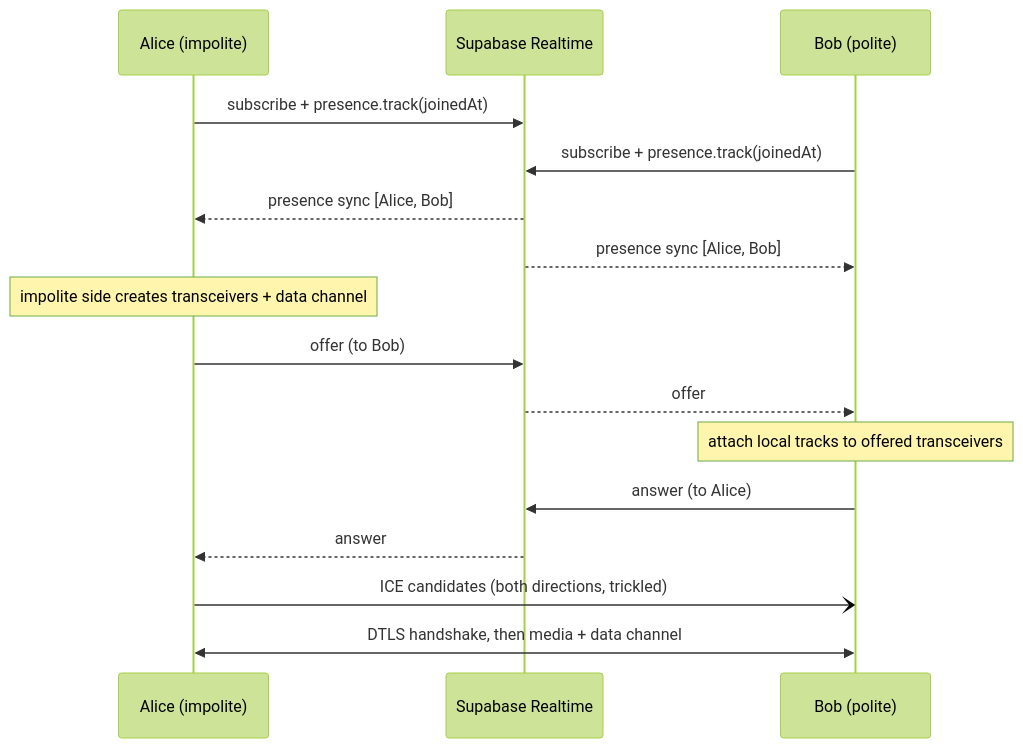
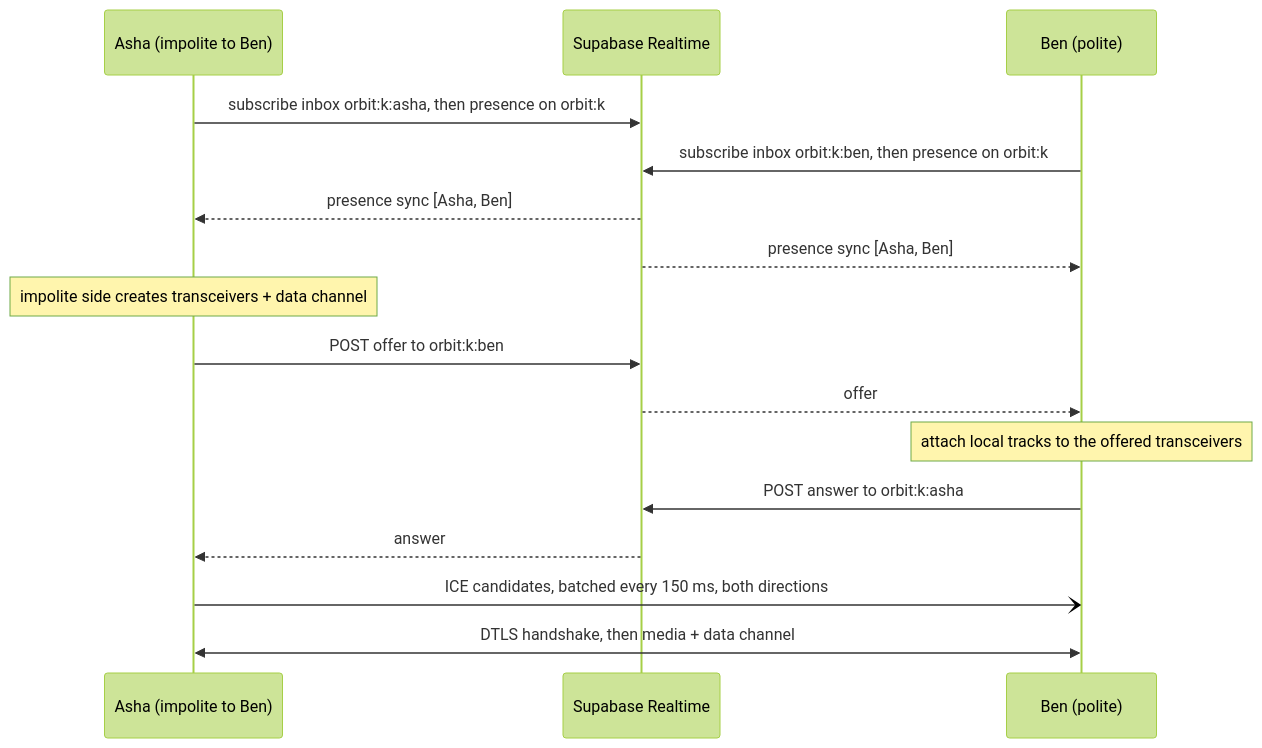
Before and after one commit to ironman-gampala/orbit: the second of 2 diagrams in IMPLEMENTATION.md, drawn with Mermaid (forest theme). The commit also changed other lines of this file and 19 other files, not shown here.

````diff
--- a/IMPLEMENTATION.md
+++ b/IMPLEMENTATION.md
@@ -136,18 +187,18 @@
 ```mermaid
 sequenceDiagram
-  participant A as Alice (impolite)
+  participant A as Asha (impolite to Ben)
   participant RT as Supabase Realtime
-  participant B as Bob (polite)
-  A->>RT: subscribe + presence.track(joinedAt)
-  B->>RT: subscribe + presence.track(joinedAt)
-  RT-->>A: presence sync [Alice, Bob]
-  RT-->>B: presence sync [Alice, Bob]
+  participant B as Ben (polite)
+  A->>RT: subscribe inbox orbit:k:asha, then presence on orbit:k
+  B->>RT: subscribe inbox orbit:k:ben, then presence on orbit:k
+  RT-->>A: presence sync [Asha, Ben]
+  RT-->>B: presence sync [Asha, Ben]
   Note over A: impolite side creates transceivers + data channel
-  A->>RT: offer (to Bob)
+  A->>RT: POST offer to orbit:k:ben
   RT-->>B: offer
-  Note over B: attach local tracks to offered transceivers
-  B->>RT: answer (to Alice)
+  Note over B: attach local tracks to the offered transceivers
+  B->>RT: POST answer to orbit:k:asha
   RT-->>A: answer
-  A-)B: ICE candidates (both directions, trickled)
+  A-)B: ICE candidates, batched every 150 ms, both directions
   A<<->>B: DTLS handshake, then media + data channel
 ```
````
